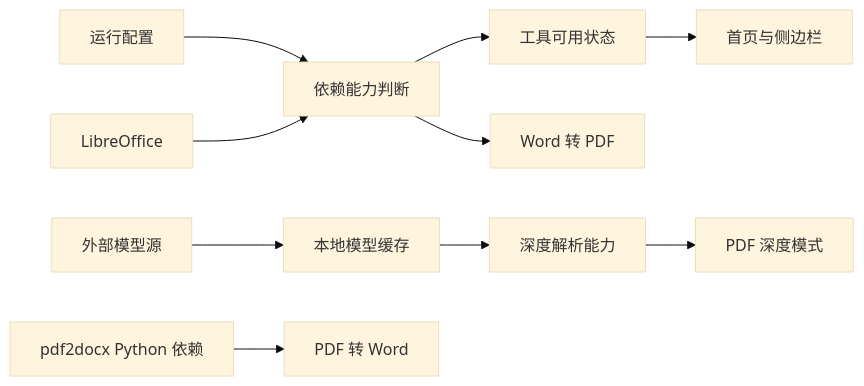
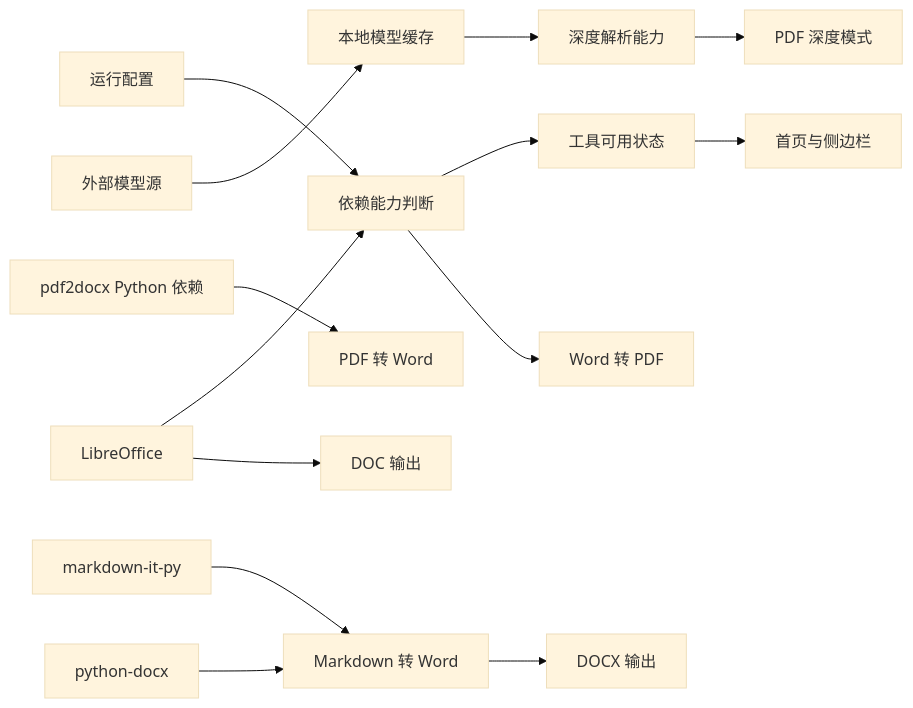
One commit to ddll8023/tools changed the fifth of 9 diagrams in doc/模块说明文档.md. Above: the diagram before and after it, drawn with Mermaid (base theme). The commit also changed other lines of this file and 14 other files, not shown here.

Commit message:
feat: add markdown to word conversion

````diff
--- a/doc/模块说明文档.md
+++ b/doc/模块说明文档.md
@@ -379,12 +399,16 @@
 ```mermaid
 flowchart LR
     Config[运行配置] --> DependencyCheck[依赖能力判断]
     LibreOffice[LibreOffice] --> DependencyCheck
     ModelSource[外部模型源] --> ModelCache[本地模型缓存]
     ModelCache --> DeepCapability[深度解析能力]
     DependencyCheck --> Catalog[工具可用状态]
     Catalog --> Navigation[首页与侧边栏]
     DependencyCheck --> Word[Word 转 PDF]
     Pdf2Docx[pdf2docx Python 依赖] --> PDFWord[PDF 转 Word]
+    MarkdownParser[markdown-it-py] --> MarkdownWord[Markdown 转 Word]
+    PythonDocx[python-docx] --> MarkdownWord
+    MarkdownWord --> MarkdownDocx[DOCX 输出]
+    LibreOffice --> MarkdownDoc[DOC 输出]
     DeepCapability --> PDF[PDF 深度模式]
 ```
````
